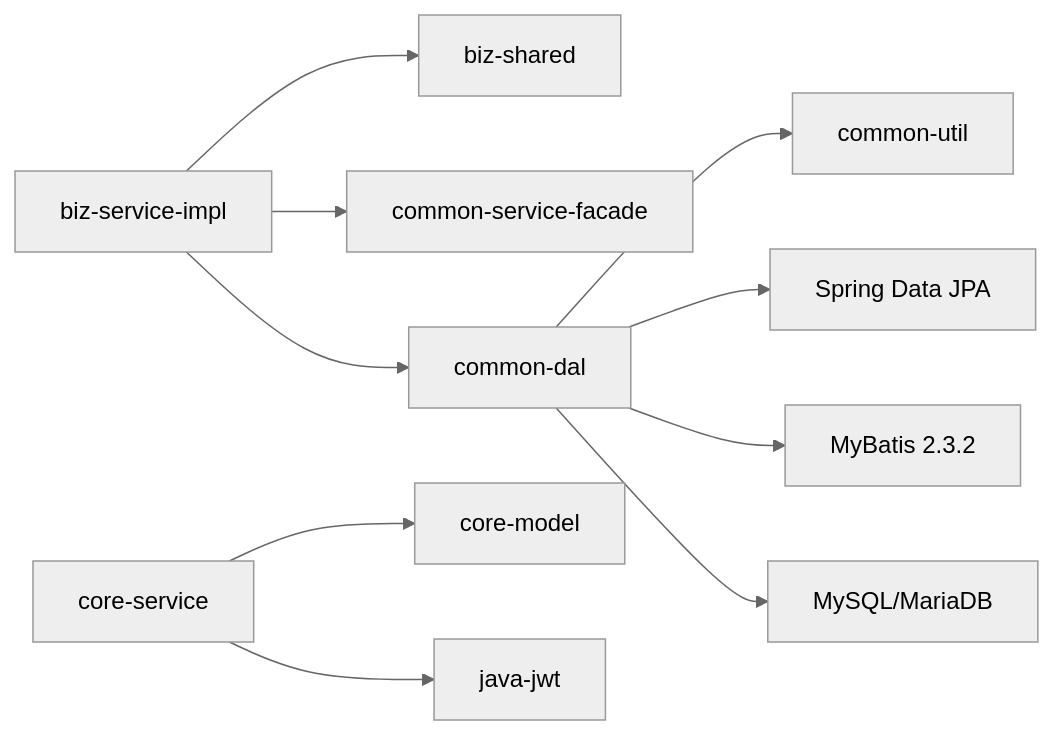
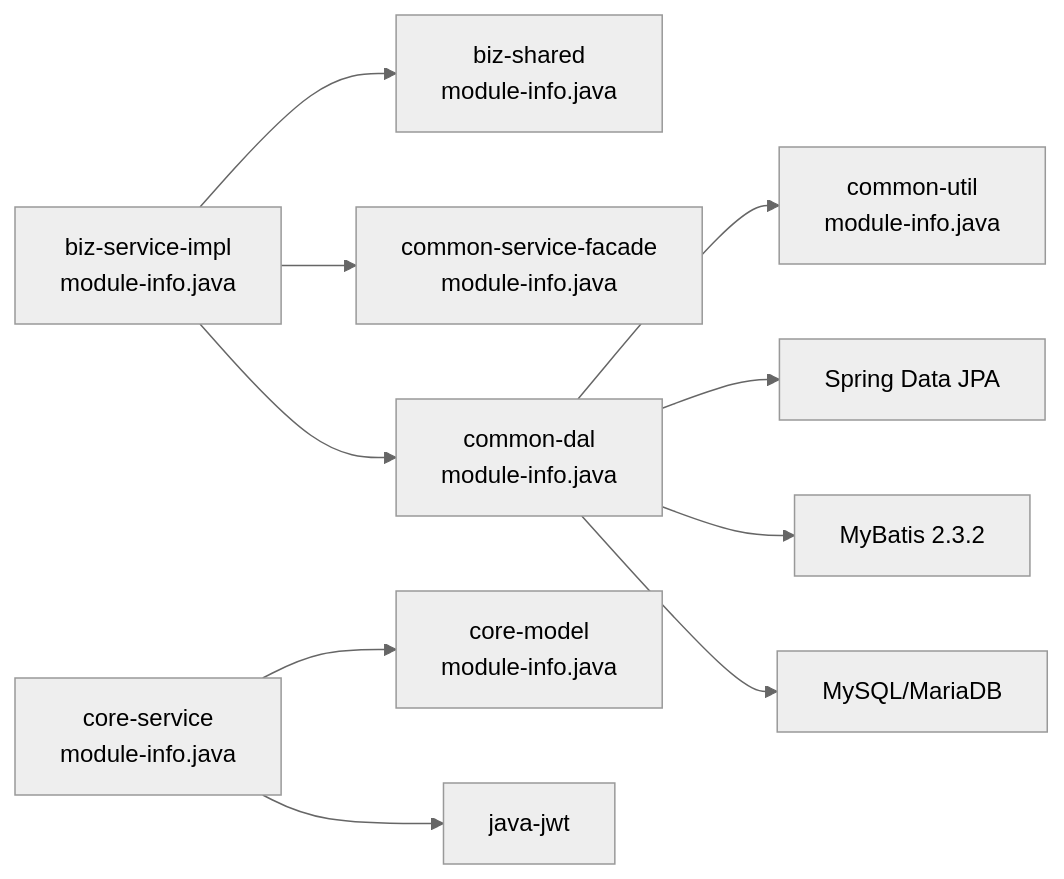
Before and after one commit to magicliang/domain-driven-transaction-sys: the tenth of 10 diagrams in .qoder/repowiki/zh/content/项目概述/技术栈.md, drawn with Mermaid (neutral theme). The commit also changed other lines of this file and 16 other files, not shown here.

````diff
--- a/.qoder/repowiki/zh/content/项目概述/技术栈.md
+++ b/.qoder/repowiki/zh/content/项目概述/技术栈.md
@@ -303,12 +349,12 @@
 ```mermaid
 graph LR
-BizImpl["biz-service-impl"] --> Shared["biz-shared"]
-BizImpl --> Facade["common-service-facade"]
-BizImpl --> DAL["common-dal"]
-DAL --> Util["common-util"]
+BizImpl["biz-service-impl<br/>module-info.java"] --> Shared["biz-shared<br/>module-info.java"]
+BizImpl --> Facade["common-service-facade<br/>module-info.java"]
+BizImpl --> DAL["common-dal<br/>module-info.java"]
+DAL --> Util["common-util<br/>module-info.java"]
 DAL --> JPA["Spring Data JPA"]
 DAL --> MyBatis["MyBatis 2.3.2"]
 DAL --> DB["MySQL/MariaDB"]
-CoreSvc["core-service"] --> CoreModel["core-model"]
+CoreSvc["core-service<br/>module-info.java"] --> CoreModel["core-model<br/>module-info.java"]
 CoreSvc --> JWT["java-jwt"]
 ```
````
